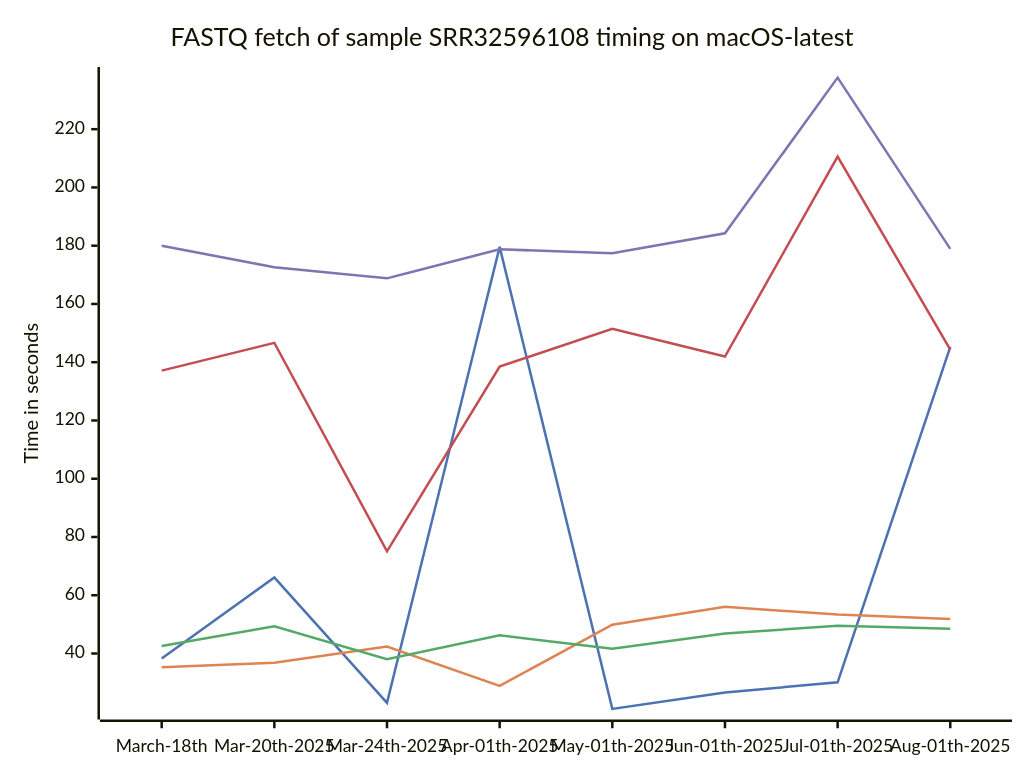
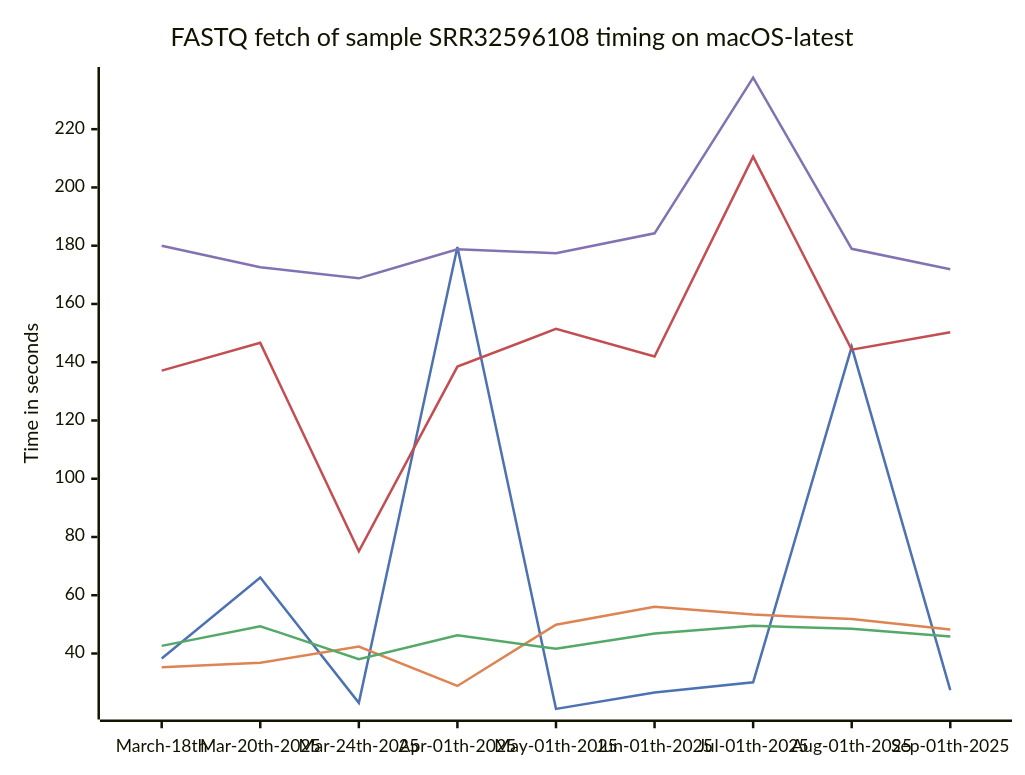
The diagram in README.md (biermanr/Download_SRA_FASTQ_Benchmarks), drawn with Mermaid before and after one commit. The commit also changed other lines of this file, not shown here.

Commit message:
Updated timings in README

````diff
--- a/README.md
+++ b/README.md
@@ -12,20 +12,20 @@
 ```mermaid
 ---
 config:
     xyChart:
         width: 800
         height: 600
     themeVariables:
         xyChart:
             plotColorPalette: "#4d72b1,#dd8452,#54a968,#c34e52,#8272b2"
 ---
 xychart-beta
     title "FASTQ fetch of sample SRR32596108 timing on macOS-latest"
-    x-axis [ March-18th, Mar-20th-2025, Mar-24th-2025, Apr-01th-2025, May-01th-2025, Jun-01th-2025, Jul-01th-2025, Aug-01th-2025 ]
+    x-axis [ March-18th, Mar-20th-2025, Mar-24th-2025, Apr-01th-2025, May-01th-2025, Jun-01th-2025, Jul-01th-2025, Aug-01th-2025, Sep-01th-2025 ]
     y-axis "Time in seconds"
-    line "aria2c_EBI_data" [ 38.31, 66.08, 23.05, 179.59, 20.99, 26.62, 30.10, 145.28 ]
-    line "prefetch_fasterq-dump_data" [ 35.28, 36.82, 42.38, 28.86, 49.89, 56.04, 53.35, 51.86 ]
-    line "aws_fasterq-dump_data" [ 42.61, 49.37, 38.05, 46.24, 41.65, 46.90, 49.51, 48.48 ]
-    line "fasterq-dump_only_data" [ 137.12, 146.65, 75.08, 138.50, 151.45, 141.95, 210.59, 144.32 ]
-    line "fastq-dump_only_data" [ 180.01, 172.61, 168.79, 178.75, 177.43, 184.25, 237.70, 178.92 ]
+    line "aria2c_EBI_data" [ 38.31, 66.08, 23.05, 179.59, 20.99, 26.62, 30.10, 145.28, 27.41 ]
+    line "prefetch_fasterq-dump_data" [ 35.28, 36.82, 42.38, 28.86, 49.89, 56.04, 53.35, 51.86, 48.25 ]
+    line "aws_fasterq-dump_data" [ 42.61, 49.37, 38.05, 46.24, 41.65, 46.90, 49.51, 48.48, 45.81 ]
+    line "fasterq-dump_only_data" [ 137.12, 146.65, 75.08, 138.50, 151.45, 141.95, 210.59, 144.32, 150.31 ]
+    line "fastq-dump_only_data" [ 180.01, 172.61, 168.79, 178.75, 177.43, 184.25, 237.70, 178.92, 171.94 ]
  ```
````
